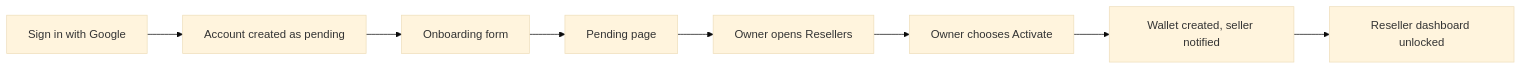
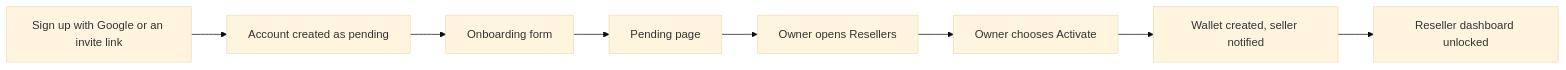
One commit to Kush-u/AfterBuy-OS changed the diagram in DEMO.md. Above: the diagram before and after it, drawn with Mermaid (base theme). The commit also changed other lines of this file and 8 other files, not shown here.

````diff
--- a/DEMO.md
+++ b/DEMO.md
@@ -56,10 +56,10 @@
 ```mermaid
 flowchart LR
-  A["Sign in with Google"] --> B["Account created as pending"]
+  A["Sign up with Google or an invite link"] --> B["Account created as pending"]
   B --> C["Onboarding form"]
   C --> D["Pending page"]
   D --> E["Owner opens Resellers"]
   E --> F["Owner chooses Activate"]
   F --> G["Wallet created, seller notified"]
   G --> H["Reseller dashboard unlocked"]
 ```
````
